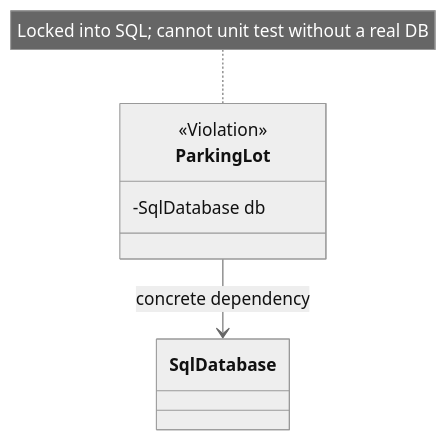
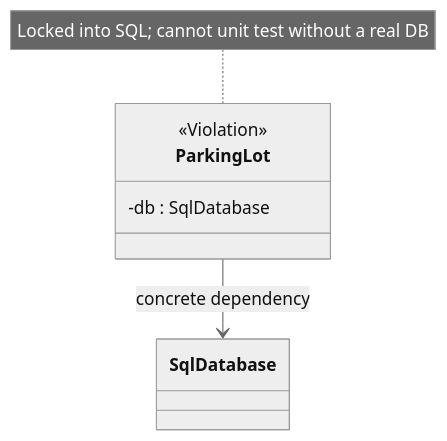
Before and after one commit to tushardongre1990/LLD-Claude: the seventh of 8 diagrams in 00-Foundations/03-SOLID-Principles/notes.md, drawn with Mermaid (neutral theme). The commit also changed other lines of this file and 19 other files, not shown here.

First line of the commit message:
docs(00-Foundations): fix mermaid attribute ordering to name : type

````diff
--- a/00-Foundations/03-SOLID-Principles/notes.md
+++ b/00-Foundations/03-SOLID-Principles/notes.md
@@ -277,10 +277,10 @@
 ```mermaid
 classDiagram
     class ParkingLot {
         <<Violation>>
-        -SqlDatabase db
+        -db : SqlDatabase
     }
     class SqlDatabase
     ParkingLot --> SqlDatabase : concrete dependency
     note for ParkingLot "Locked into SQL; cannot unit test without a real DB"
 ```
````
